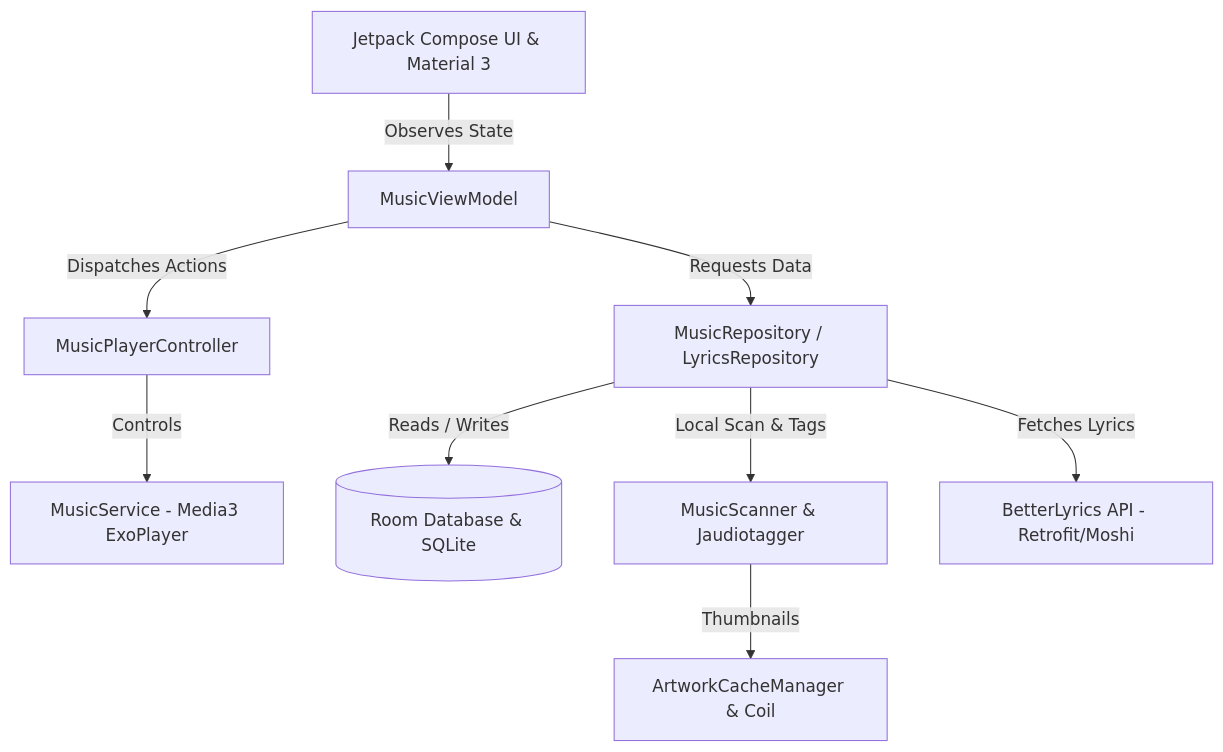
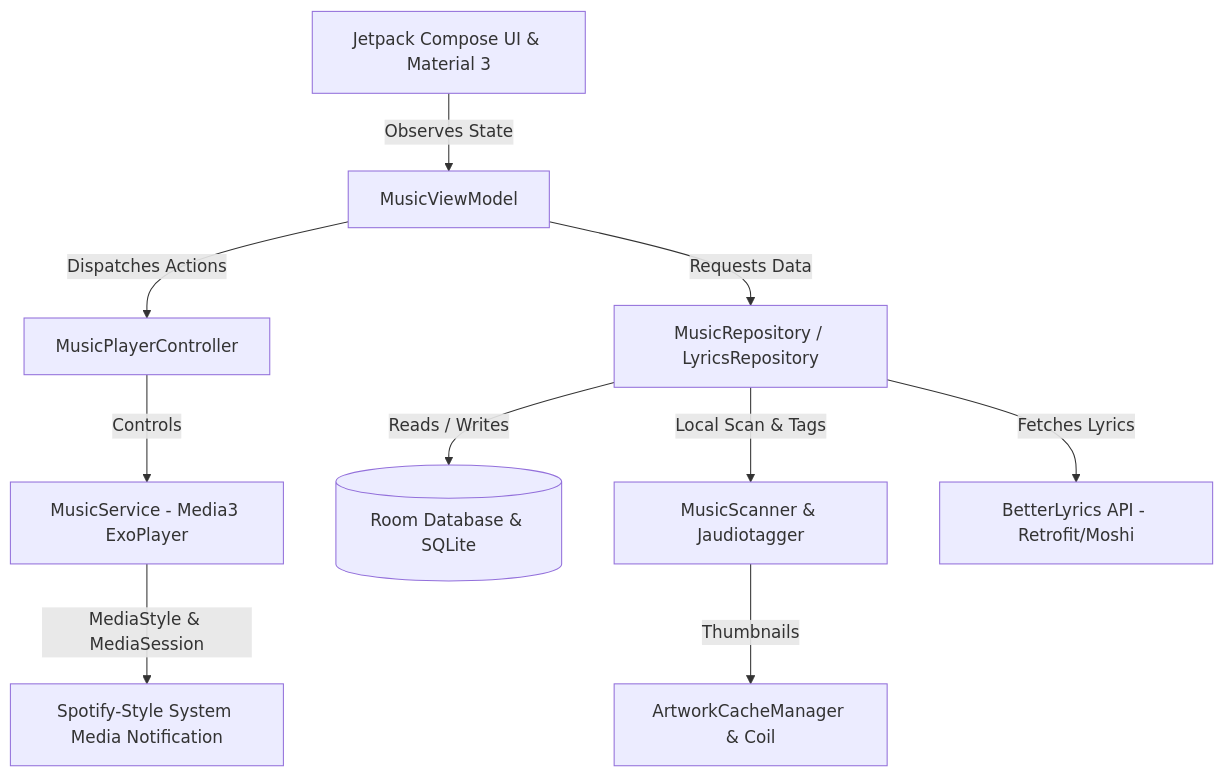
One commit to TulipNex/Flora-Music changed the diagram in README.md. Above: the diagram before and after it, drawn with Mermaid. The commit also changed other lines of this file, not shown here.

Commit message:
docs: modernize README navigation links, add download badge, and document Spotify-style notification

````diff
--- a/README.md
+++ b/README.md
@@ -81,11 +87,12 @@
 ```mermaid
 graph TD
     UI[Jetpack Compose UI & Material 3] -->|Observes State| VM[MusicViewModel]
     VM -->|Dispatches Actions| PC[MusicPlayerController]
     VM -->|Requests Data| Repos[MusicRepository / LyricsRepository]
     PC -->|Controls| MS[MusicService - Media3 ExoPlayer]
+    MS -->|MediaStyle & MediaSession| Notif[Spotify-Style System Media Notification]
     Repos -->|Reads / Writes| DB[(Room Database & SQLite)]
     Repos -->|Local Scan & Tags| Scanner[MusicScanner & Jaudiotagger]
     Repos -->|Fetches Lyrics| Net[BetterLyrics API - Retrofit/Moshi]
     Scanner -->|Thumbnails| Cache[ArtworkCacheManager & Coil]
 ```
````
